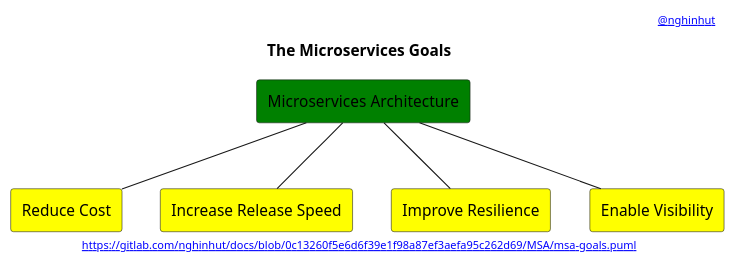
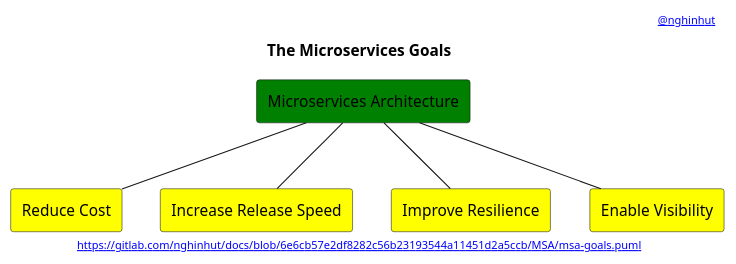
Before and after one commit to nghinhut/docs: the diagram in MSA/msa-goals.puml, drawn with PlantUML. The commit also changed 32 other files, not shown here.

```diff
--- a/MSA/msa-goals.puml
+++ b/MSA/msa-goals.puml
@@ -1,21 +1,21 @@
 @startuml
 '-----START auto generated metadata please keep comment here to allow auto update-----
 '-----DON'T EDIT THIS SECTION, INSTEAD RE-RUN prebuild.sh TO UPDATE-----
-header [[https://www.nghinhut.dev?from=http%5C%3A%5C%2F%5C%2Fwww%5C.plantuml%5C.com%5C%2Fplantuml%5C%2Fproxy%3Ffmt%3Dsvg%5C%26src%3Dhttps%5C%3A%5C%2F%5C%2Fgitlab%5C.com%5C%2Fnghinhut%5C%2Fdocs%5C%2Fraw%5C%2F0c13260f5e6d6f39e1f98a87ef3aefa95c262d69%5C%2FMSA%5C%2Fmsa-goals%5C.puml%0A @nghinhut]]
-footer [[http://www.plantuml.com/plantuml/proxy?fmt=svg&src=https://gitlab.com/nghinhut/docs/raw/0c13260f5e6d6f39e1f98a87ef3aefa95c262d69/MSA/msa-goals.puml https://gitlab.com/nghinhut/docs/blob/0c13260f5e6d6f39e1f98a87ef3aefa95c262d69/MSA/msa-goals.puml]]
+header [[https://www.nghinhut.dev?from=http%5C%3A%5C%2F%5C%2Fwww%5C.plantuml%5C.com%5C%2Fplantuml%5C%2Fproxy%3Ffmt%3Dsvg%5C%26src%3Dhttps%5C%3A%5C%2F%5C%2Fgitlab%5C.com%5C%2Fnghinhut%5C%2Fdocs%5C%2Fraw%5C%2F6e6cb57e2df8282c56b23193544a11451d2a5ccb%5C%2FMSA%5C%2Fmsa-goals%5C.puml%0A @nghinhut]]
+footer [[http://www.plantuml.com/plantuml/proxy?fmt=svg&src=https://gitlab.com/nghinhut/docs/raw/6e6cb57e2df8282c56b23193544a11451d2a5ccb/MSA/msa-goals.puml https://gitlab.com/nghinhut/docs/blob/6e6cb57e2df8282c56b23193544a11451d2a5ccb/MSA/msa-goals.puml]]
 '-----END auto generated metadata please keep comment here to allow auto update-----
 title The Microservices Goals
 
 rectangle "Microservices Architecture" as msa #green
 
 rectangle "Reduce Cost" as goal1 #yellow
 rectangle "Increase Release Speed" as goal2 #yellow
 rectangle "Improve Resilience" as goal3 #yellow
 rectangle "Enable Visibility" as goal4 #yellow
 
 msa -- goal1
 msa -- goal2
 msa -- goal3
 msa -- goal4
 
 @enduml
```
